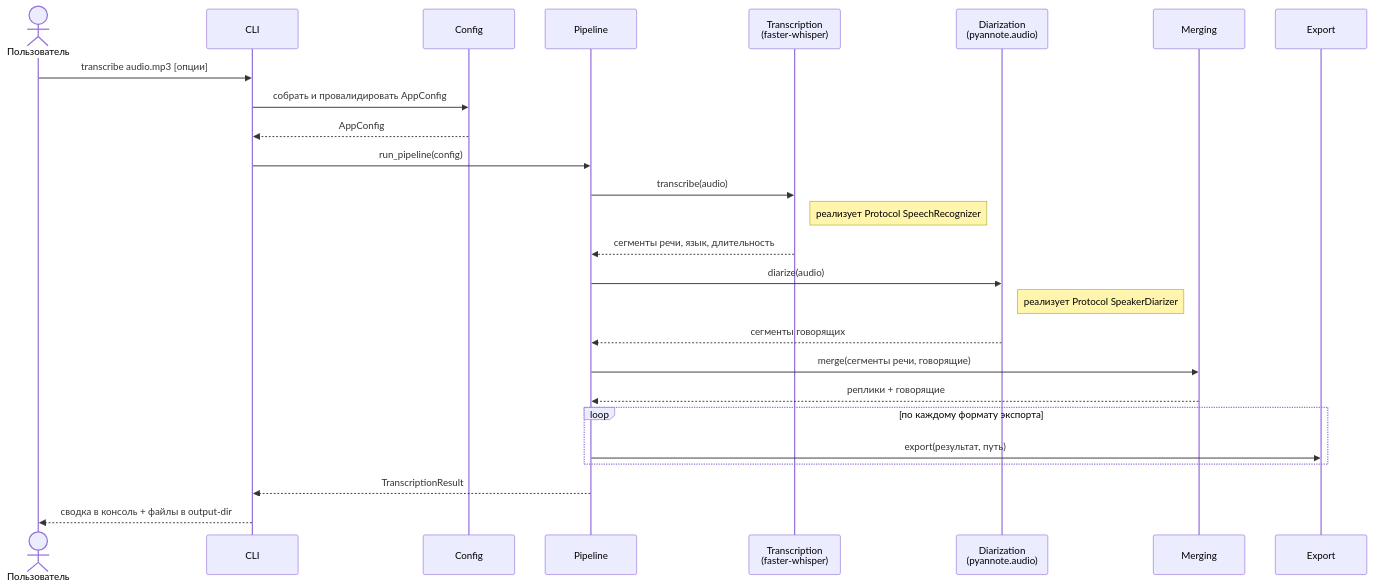
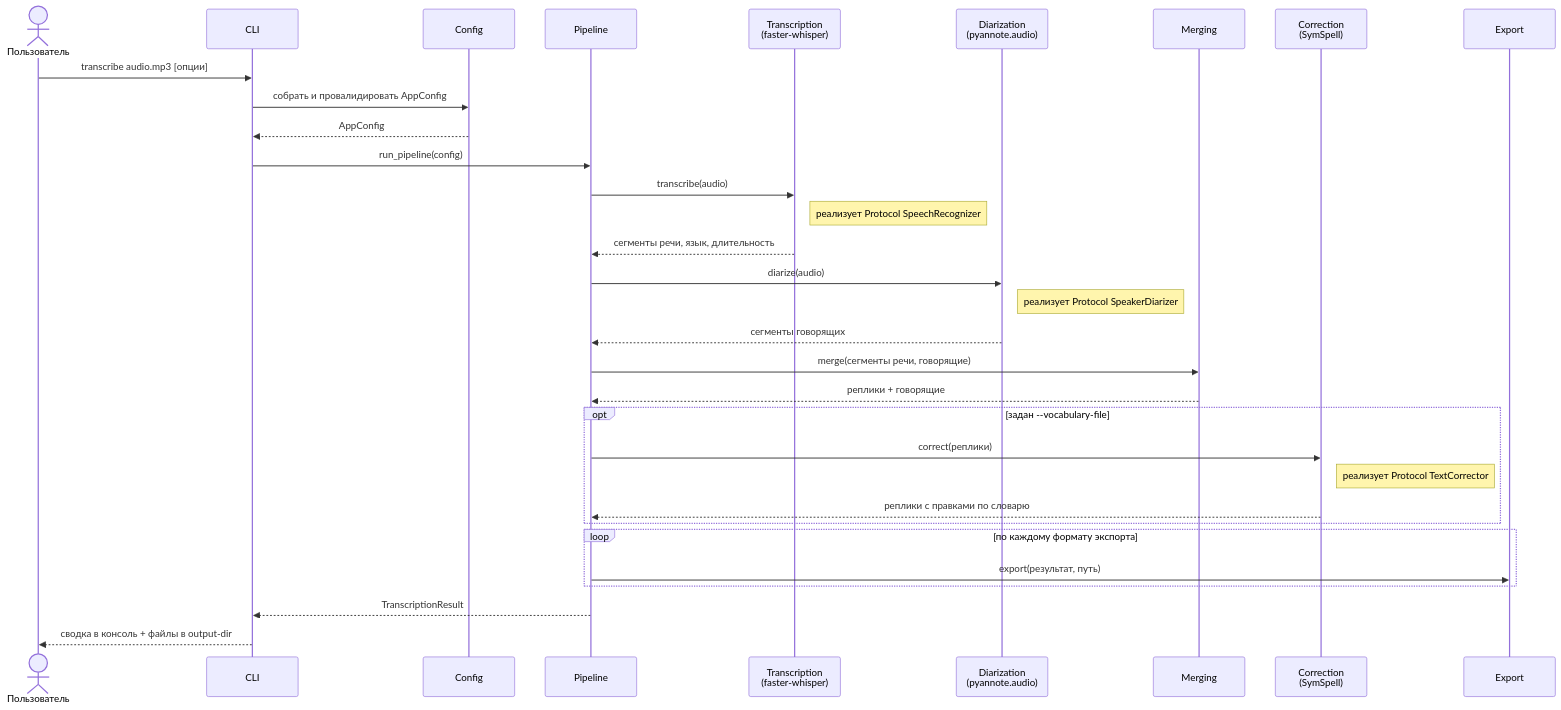
One commit to nikit-starcev/PyAudioTranscriptor changed the diagram in README.md. Above: the diagram before and after it, drawn with Mermaid. The commit also changed other lines of this file and 16 other files, not shown here.

First line of the commit message:
feat(correction): постобработка стенограммы через SymSpell по словарю

````diff
--- a/README.md
+++ b/README.md
@@ -343,34 +344,41 @@
 ```mermaid
 sequenceDiagram
     actor User as Пользователь
     participant CLI
     participant Config
     participant Pipeline
     participant ASR as Transcription<br/>(faster-whisper)
     participant Diar as Diarization<br/>(pyannote.audio)
     participant Merge as Merging
+    participant Correct as Correction<br/>(SymSpell)
     participant Export as Export
 
     User->>CLI: transcribe audio.mp3 [опции]
     CLI->>Config: собрать и провалидировать AppConfig
     Config-->>CLI: AppConfig
     CLI->>Pipeline: run_pipeline(config)
 
     Pipeline->>ASR: transcribe(audio)
     Note right of ASR: реализует Protocol SpeechRecognizer
     ASR-->>Pipeline: сегменты речи, язык, длительность
 
     Pipeline->>Diar: diarize(audio)
     Note right of Diar: реализует Protocol SpeakerDiarizer
     Diar-->>Pipeline: сегменты говорящих
 
     Pipeline->>Merge: merge(сегменты речи, говорящие)
     Merge-->>Pipeline: реплики + говорящие
 
+    opt задан --vocabulary-file
+        Pipeline->>Correct: correct(реплики)
+        Note right of Correct: реализует Protocol TextCorrector
+        Correct-->>Pipeline: реплики с правками по словарю
+    end
+
     loop по каждому формату экспорта
         Pipeline->>Export: export(результат, путь)
     end
 
     Pipeline-->>CLI: TranscriptionResult
     CLI-->>User: сводка в консоль + файлы в output-dir
 ```
````
